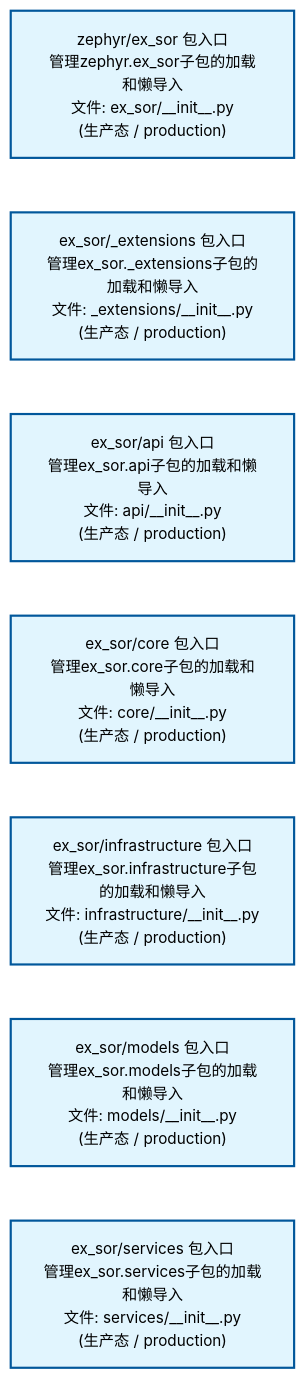
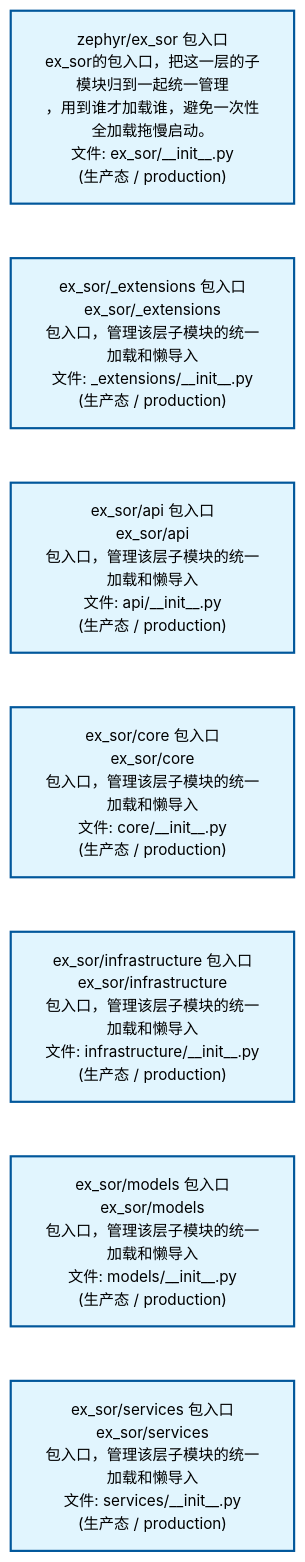
One commit to xuanFelixVan/ZephyrAlpha changed the second of 4 diagrams in docs/02_enterprise_architecture/02_domain_architecture_docs/45_d_ex_sor.md. Above: the diagram before and after it, drawn with Mermaid. The commit also changed other lines of this file and 58 other files, not shown here.

````diff
--- a/docs/02_enterprise_architecture/02_domain_architecture_docs/45_d_ex_sor.md
+++ b/docs/02_enterprise_architecture/02_domain_architecture_docs/45_d_ex_sor.md
@@ -111,22 +111,22 @@
 ```mermaid
 %%{init: {'theme': 'base', 'themeVariables': {'primaryColor': '#eaeaea', 'primaryTextColor': '#333333', 'primaryBorderColor': '#666666', 'lineColor': '#666666', 'secondaryColor': '#eaeaea', 'tertiaryColor': '#eaeaea', 'fontSize': '14px'}}}%%
 flowchart TD
-    src_zephyr_ex_sor_init_py["zephyr/ex_sor 包入口<br/>管理zephyr.ex_sor子包的加载和懒导入<br/>文件: ex_sor/__init__.py<br/>(生产态 / production)"]
-    src_zephyr_ex_sor_extensions_init_py["ex_sor/_extensions 包入口<br/>管理ex_sor._extensions子包的加载和懒导入<br/>文件: _extensions/__init__.py<br/>(生产态 / production)"]
-    src_zephyr_ex_sor_api_init_py["ex_sor/api 包入口<br/>管理ex_sor.api子包的加载和懒导入<br/>文件: api/__init__.py<br/>(生产态 / production)"]
-    src_zephyr_ex_sor_core_init_py["ex_sor/core 包入口<br/>管理ex_sor.core子包的加载和懒导入<br/>文件: core/__init__.py<br/>(生产态 / production)"]
-    src_zephyr_ex_sor_infrastructure_init_py["ex_sor/infrastructure 包入口<br/>管理ex_sor.infrastructure子包的加载和懒导入<br/>文件: infrastructure/__init__.py<br/>(生产态 / production)"]
-    src_zephyr_ex_sor_models_init_py["ex_sor/models 包入口<br/>管理ex_sor.models子包的加载和懒导入<br/>文件: models/__init__.py<br/>(生产态 / production)"]
-    src_zephyr_ex_sor_services_init_py["ex_sor/services 包入口<br/>管理ex_sor.services子包的加载和懒导入<br/>文件: services/__init__.py<br/>(生产态 / production)"]
+    src_zephyr_ex_sor_init_py["zephyr/ex_sor 包入口<br/>ex_sor的包入口，把这一层的子模块归到一起统一管理<br/>，用到谁才加载谁，避免一次性全加载拖慢启动。<br/>文件: ex_sor/__init__.py<br/>(生产态 / production)"]
+    src_zephyr_ex_sor_extensions_init_py["ex_sor/_extensions 包入口<br/>ex_sor/_extensions<br/>包入口，管理该层子模块的统一加载和懒导入<br/>文件: _extensions/__init__.py<br/>(生产态 / production)"]
+    src_zephyr_ex_sor_api_init_py["ex_sor/api 包入口<br/>ex_sor/api<br/>包入口，管理该层子模块的统一加载和懒导入<br/>文件: api/__init__.py<br/>(生产态 / production)"]
+    src_zephyr_ex_sor_core_init_py["ex_sor/core 包入口<br/>ex_sor/core<br/>包入口，管理该层子模块的统一加载和懒导入<br/>文件: core/__init__.py<br/>(生产态 / production)"]
+    src_zephyr_ex_sor_infrastructure_init_py["ex_sor/infrastructure 包入口<br/>ex_sor/infrastructure<br/>包入口，管理该层子模块的统一加载和懒导入<br/>文件: infrastructure/__init__.py<br/>(生产态 / production)"]
+    src_zephyr_ex_sor_models_init_py["ex_sor/models 包入口<br/>ex_sor/models<br/>包入口，管理该层子模块的统一加载和懒导入<br/>文件: models/__init__.py<br/>(生产态 / production)"]
+    src_zephyr_ex_sor_services_init_py["ex_sor/services 包入口<br/>ex_sor/services<br/>包入口，管理该层子模块的统一加载和懒导入<br/>文件: services/__init__.py<br/>(生产态 / production)"]
     src_zephyr_ex_sor_init_py ~~~ src_zephyr_ex_sor_extensions_init_py
     src_zephyr_ex_sor_extensions_init_py ~~~ src_zephyr_ex_sor_api_init_py
     src_zephyr_ex_sor_api_init_py ~~~ src_zephyr_ex_sor_core_init_py
     src_zephyr_ex_sor_core_init_py ~~~ src_zephyr_ex_sor_infrastructure_init_py
     src_zephyr_ex_sor_infrastructure_init_py ~~~ src_zephyr_ex_sor_models_init_py
     src_zephyr_ex_sor_models_init_py ~~~ src_zephyr_ex_sor_services_init_py
     classDef production fill:#e1f5fe,stroke:#01579b,stroke-width:2px,color:#000
     classDef design fill:#fff3e0,stroke:#e65100,stroke-width:2px,color:#000,stroke-dasharray: 5 5
     classDef external_prod fill:#e8f4fd,stroke:#0277bd,stroke-width:1px,color:#000
     classDef external_design fill:#fff8e7,stroke:#ef6c00,stroke-width:1px,color:#000,stroke-dasharray: 5 5
     class src_zephyr_ex_sor_init_py,src_zephyr_ex_sor_extensions_init_py,src_zephyr_ex_sor_api_init_py,src_zephyr_ex_sor_core_init_py,src_zephyr_ex_sor_infrastructure_init_py,src_zephyr_ex_sor_models_init_py,src_zephyr_ex_sor_services_init_py production
 ```
````
